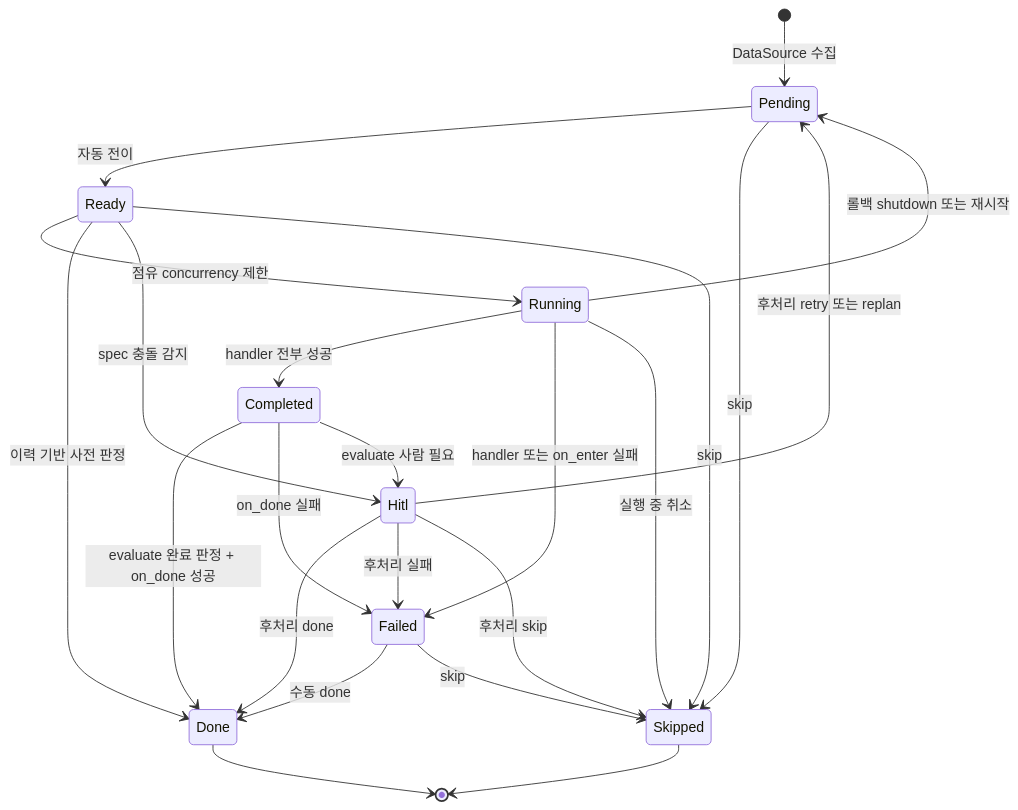
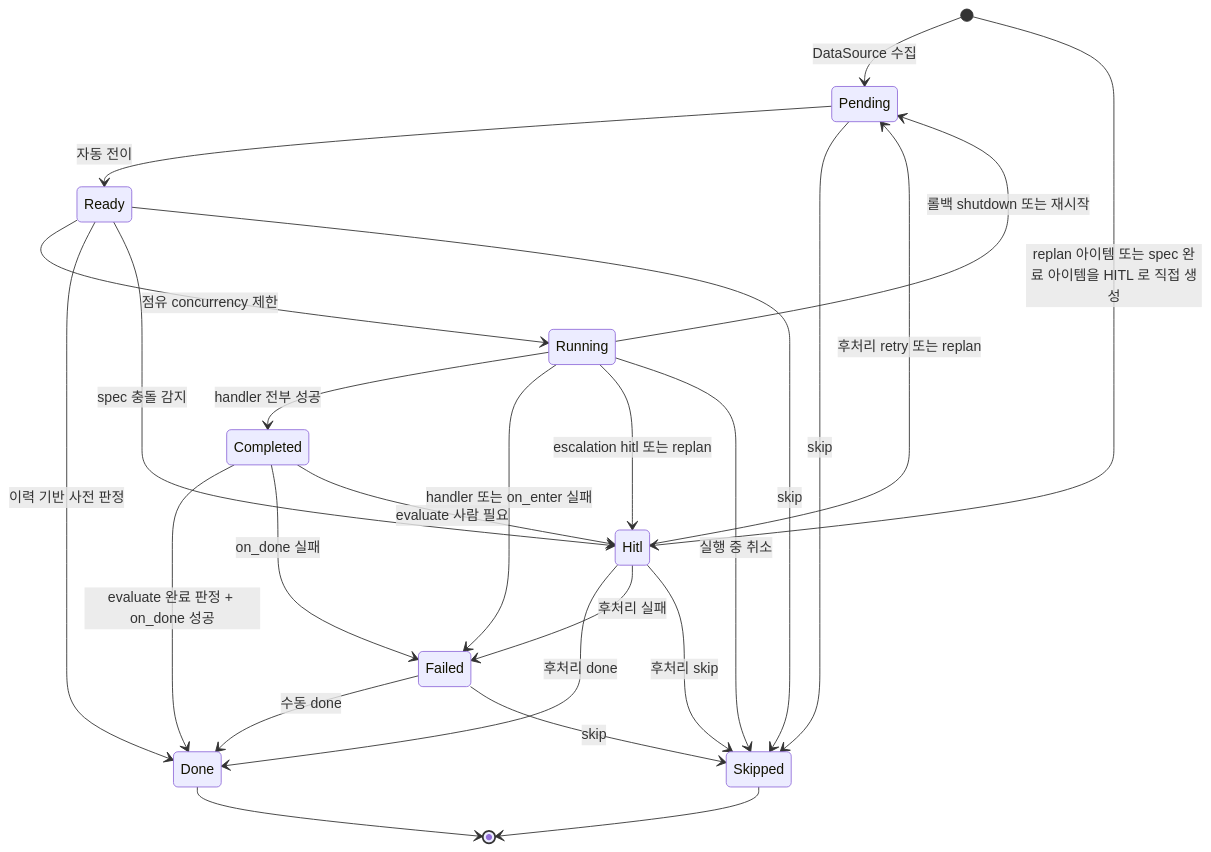
One commit to kys0213/belt changed the first of 7 diagrams in spec/concerns/queue-state-machine.md. Above: the diagram before and after it, drawn with Mermaid. The commit also changed other lines of this file and 3 other files, not shown here.

````diff
--- a/spec/concerns/queue-state-machine.md
+++ b/spec/concerns/queue-state-machine.md
@@ -41,30 +41,32 @@
 ```mermaid
 stateDiagram-v2
     [*] --> Pending: DataSource 수집
+    [*] --> Hitl: replan 아이템 또는 spec 완료 아이템을 HITL 로 직접 생성
     Pending --> Ready: 자동 전이
     Pending --> Skipped: skip
     Ready --> Running: 점유 concurrency 제한
     Ready --> Done: 이력 기반 사전 판정
     Ready --> Hitl: spec 충돌 감지
     Ready --> Skipped: skip
 
     Running --> Completed: handler 전부 성공
     Running --> Failed: handler 또는 on_enter 실패
+    Running --> Hitl: escalation hitl 또는 replan
     Running --> Skipped: 실행 중 취소
     Running --> Pending: 롤백 shutdown 또는 재시작
 
     Completed --> Done: evaluate 완료 판정 + on_done 성공
     Completed --> Failed: on_done 실패
     Completed --> Hitl: evaluate 사람 필요
 
     Failed --> Done: 수동 done
     Failed --> Skipped: skip
 
     Hitl --> Done: 후처리 done
     Hitl --> Failed: 후처리 실패
     Hitl --> Pending: 후처리 retry 또는 replan
     Hitl --> Skipped: 후처리 skip
 
     Done --> [*]
     Skipped --> [*]
 ```
````
